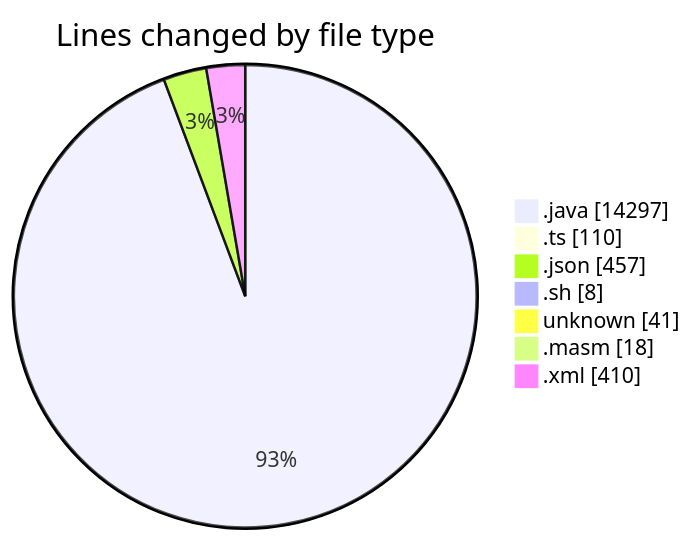
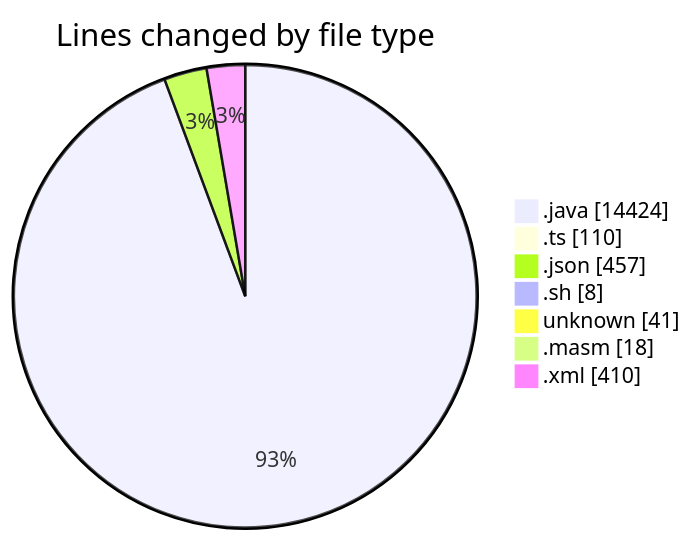
Before and after one commit to charlie-sans/code-tracking: the first of 2 diagrams in 2025-02-20/micros/README.md, drawn with Mermaid. The commit also changed other lines of this file and 1 other file, not shown here.

````diff
--- a/2025-02-20/micros/README.md
+++ b/2025-02-20/micros/README.md
@@ -66,11 +67,11 @@
 ```mermaid
 pie showData
 title Lines changed by file type
-".java" : 14297
+".java" : 14424
 ".ts" : 110
 ".json" : 457
 ".sh" : 8
 "unknown" : 41
 ".masm" : 18
 ".xml" : 410
 ```
````
